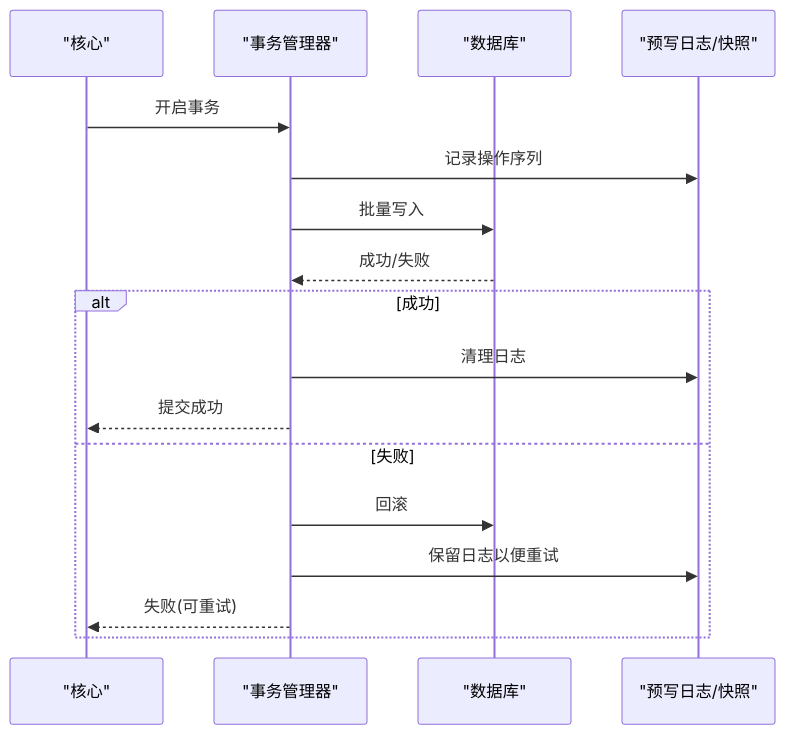
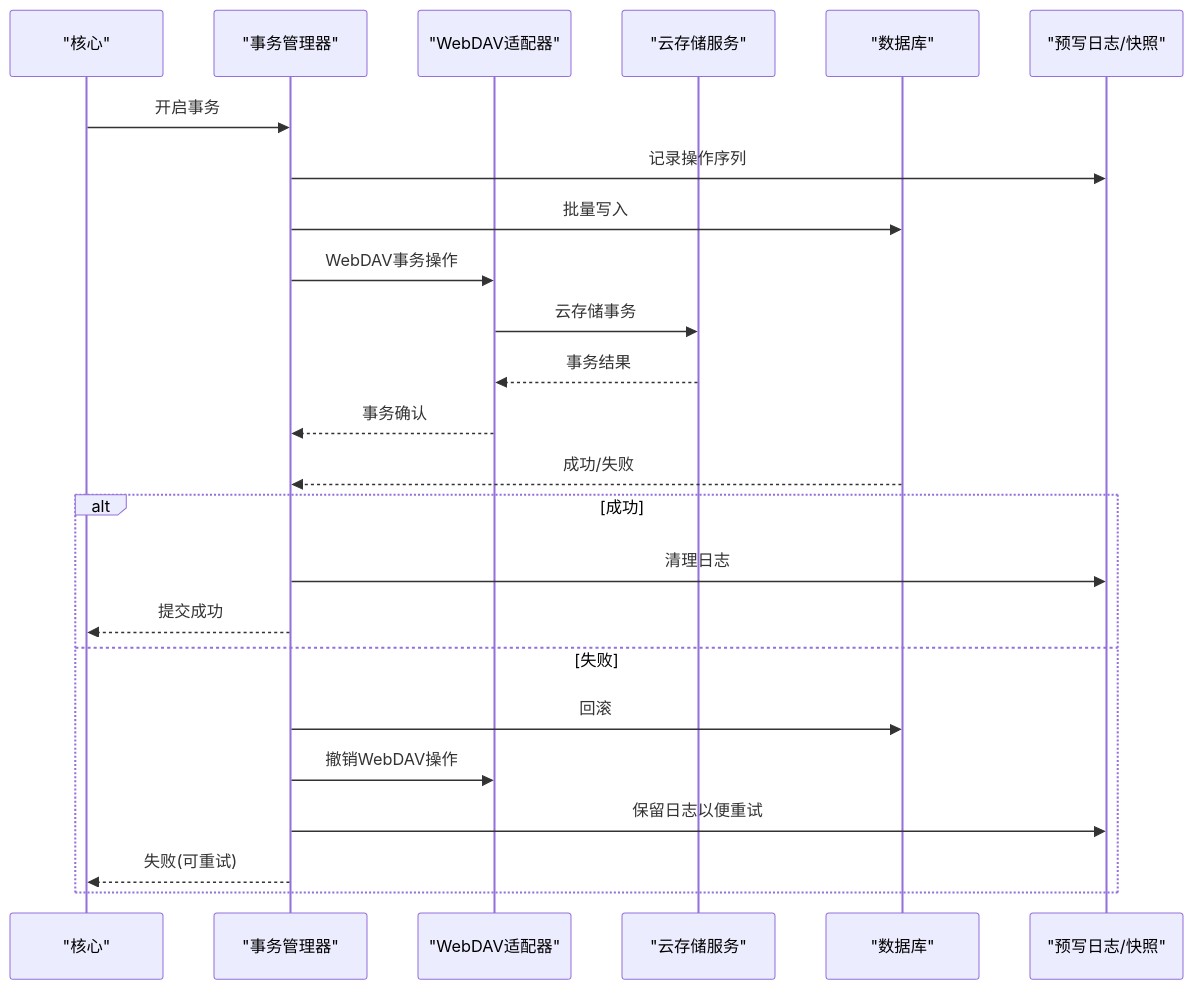
Before and after one commit to ZhangGHGitHub/LegadoTeamFlutter: the fifth of 11 diagrams in .qoder/repowiki/zh/content/架构设计/分层架构设计/数据访问层/数据同步机制.md, drawn with Mermaid. The commit also changed other lines of this file and 66 other files, not shown here.

````diff
--- a/.qoder/repowiki/zh/content/架构设计/分层架构设计/数据访问层/数据同步机制.md
+++ b/.qoder/repowiki/zh/content/架构设计/分层架构设计/数据访问层/数据同步机制.md
@@ -230,19 +275,26 @@
 ```mermaid
 sequenceDiagram
 participant Core as "核心"
 participant Tx as "事务管理器"
+participant WebDAV as "WebDAV适配器"
+participant Cloud as "云存储服务"
 participant DB as "数据库"
 participant Log as "预写日志/快照"
 Core->>Tx : 开启事务
 Tx->>Log : 记录操作序列
 Tx->>DB : 批量写入
+Tx->>WebDAV : WebDAV事务操作
+WebDAV->>Cloud : 云存储事务
+Cloud-->>WebDAV : 事务结果
+WebDAV-->>Tx : 事务确认
 DB-->>Tx : 成功/失败
 alt 成功
 Tx->>Log : 清理日志
 Tx-->>Core : 提交成功
 else 失败
 Tx->>DB : 回滚
+Tx->>WebDAV : 撤销WebDAV操作
 Tx->>Log : 保留日志以便重试
 Tx-->>Core : 失败(可重试)
 end
 ```
````
